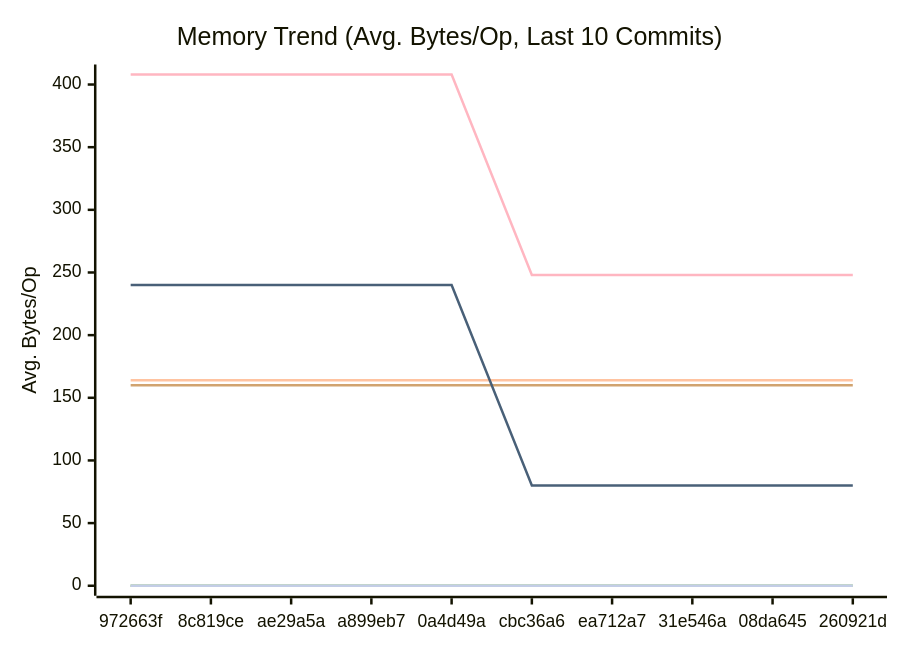
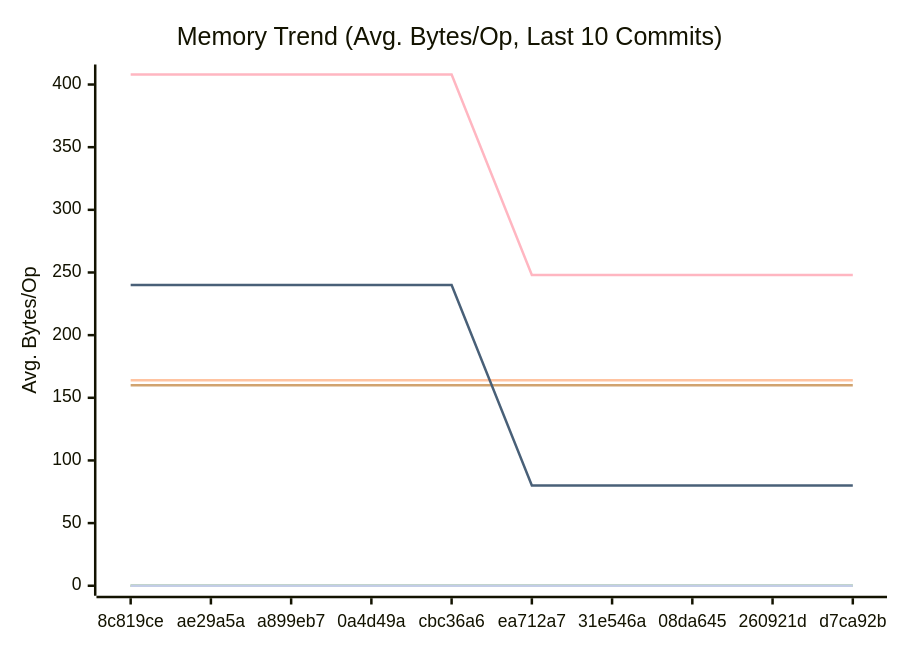
The second of 3 diagrams in docs/PERFORMANCE.md (alsotoes/momo), drawn with Mermaid before and after one commit. The commit also changed other lines of this file and 3 other files, not shown here.

````diff
--- a/docs/PERFORMANCE.md
+++ b/docs/PERFORMANCE.md
@@ -97,16 +97,16 @@
 ```mermaid
 xychart-beta
     title "Memory Trend (Avg. Bytes/Op, Last 10 Commits)"
     x-axis "Commit"
     y-axis "Avg. Bytes/Op"
-    x-axis [972663f,8c819ce,ae29a5a,a899eb7,0a4d49a,cbc36a6,ea712a7,31e546a,08da645,260921d]
+    x-axis [8c819ce,ae29a5a,a899eb7,0a4d49a,cbc36a6,ea712a7,31e546a,08da645,260921d,d7ca92b]
     line "CheckMetricsAndSwap" [0,0,0,0,0,0,0,0,0,0]
     line "CrushOptimized" [0,0,0,0,0,0,0,0,0,0]
     line "CrushOriginal" [164,164,164,164,164,164,164,164,164,164]
     line "IndexDirectTracking" [0,0,0,0,0,0,0,0,0,0]
     line "IndexSearch" [0,0,0,0,0,0,0,0,0,0]
     line "LoadGlobalConfig" [160,160,160,160,160,160,160,160,160,160]
     line "PadString" [0,0,0,0,0,0,0,0,0,0]
     line "ParseReplicationOrder_NoPrealloc" [408,408,408,408,408,248,248,248,248,248]
     line "ParseReplicationOrder_Prealloc" [240,240,240,240,240,80,80,80,80,80]
 ```
````
